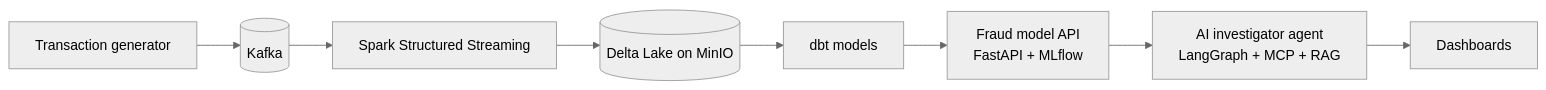
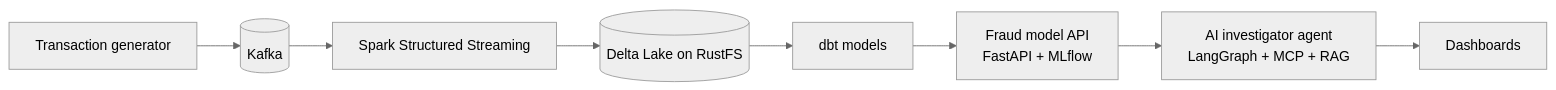
One commit to omarelkersh/fraudguard changed the diagram in README.md. Above: the diagram before and after it, drawn with Mermaid (neutral theme). The commit also changed other lines of this file, not shown here.

````diff
--- a/README.md
+++ b/README.md
@@ -13,10 +13,10 @@
 ```mermaid
 flowchart LR
     G[Transaction generator] --> K[(Kafka)]
     K --> S[Spark Structured Streaming]
-    S --> L[(Delta Lake on MinIO)]
+    S --> L[(Delta Lake on RustFS)]
     L --> D[dbt models]
     D --> M[Fraud model API<br/>FastAPI + MLflow]
     M --> A[AI investigator agent<br/>LangGraph + MCP + RAG]
     A --> B[Dashboards]
 ```
````
